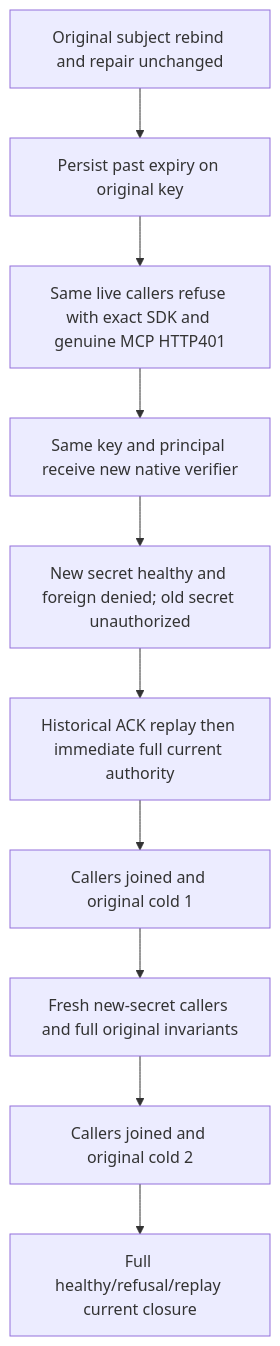
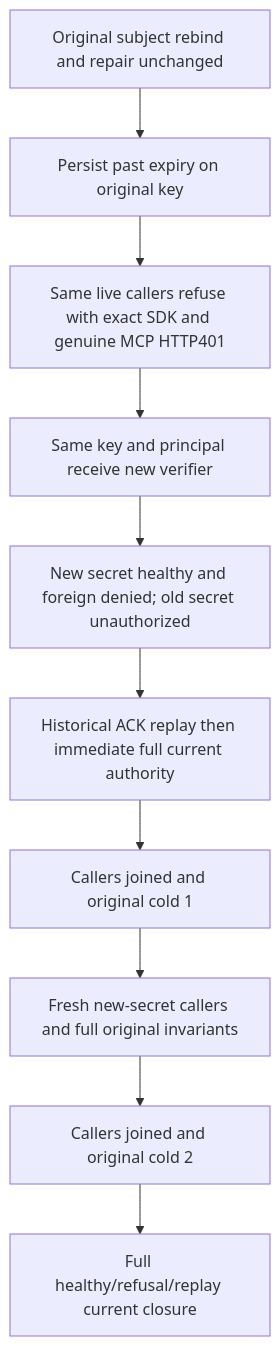
The diagram in docs/Features/Authorization/ExpiredVerifierReplacementPublic.md (managedcode/KeyLoad), drawn with Mermaid before and after one commit. The commit also changed other lines of this file and 9016 other files, not shown here.

````diff
--- a/docs/Features/Authorization/ExpiredVerifierReplacementPublic.md
+++ b/docs/Features/Authorization/ExpiredVerifierReplacementPublic.md
@@ -16,12 +16,12 @@
 ```mermaid
 flowchart TD
   A[Original subject rebind and repair unchanged] --> B[Persist past expiry on original key]
   B --> C[Same live callers refuse with exact SDK and genuine MCP HTTP401]
-  C --> D[Same key and principal receive new native verifier]
+  C --> D[Same key and principal receive new verifier]
   D --> E[New secret healthy and foreign denied; old secret unauthorized]
   E --> F[Historical ACK replay then immediate full current authority]
   F --> G[Callers joined and original cold 1]
   G --> H[Fresh new-secret callers and full original invariants]
   H --> I[Callers joined and original cold 2]
   I --> J[Full healthy/refusal/replay current closure]
 ```
````
